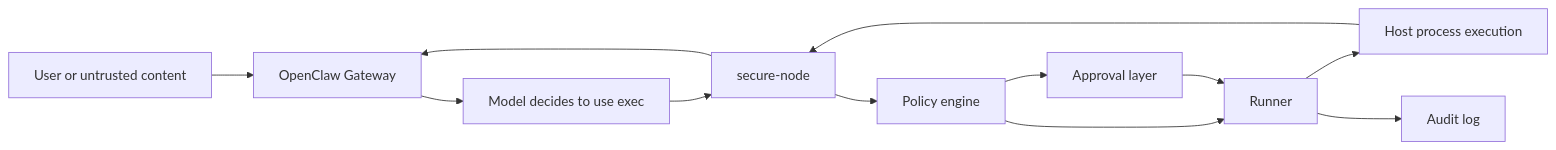
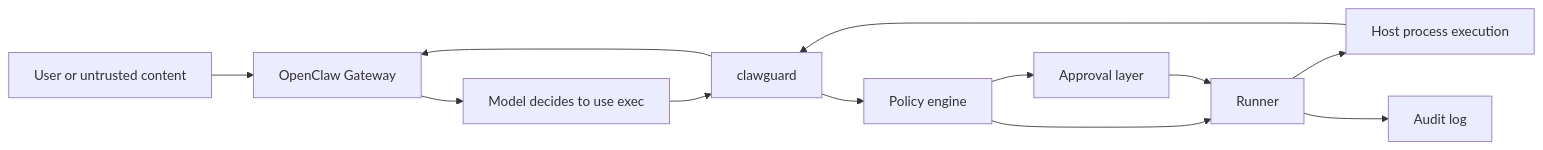
Before and after one commit to rleungx/clawguard: the diagram in design.md, drawn with Mermaid. The commit also changed other lines of this file and 6 other files, not shown here.

````diff
--- a/design.md
+++ b/design.md
@@ -51,14 +51,14 @@
 ```mermaid
 flowchart LR
   U["User or untrusted content"] --> G["OpenClaw Gateway"]
   G --> M["Model decides to use exec"]
-  M --> N["secure-node"]
+  M --> N["clawguard"]
   N --> P["Policy engine"]
   P --> A["Approval layer"]
   P --> R["Runner"]
   A --> R
   R --> H["Host process execution"]
   R --> L["Audit log"]
   H --> N
   N --> G
 ```
````
